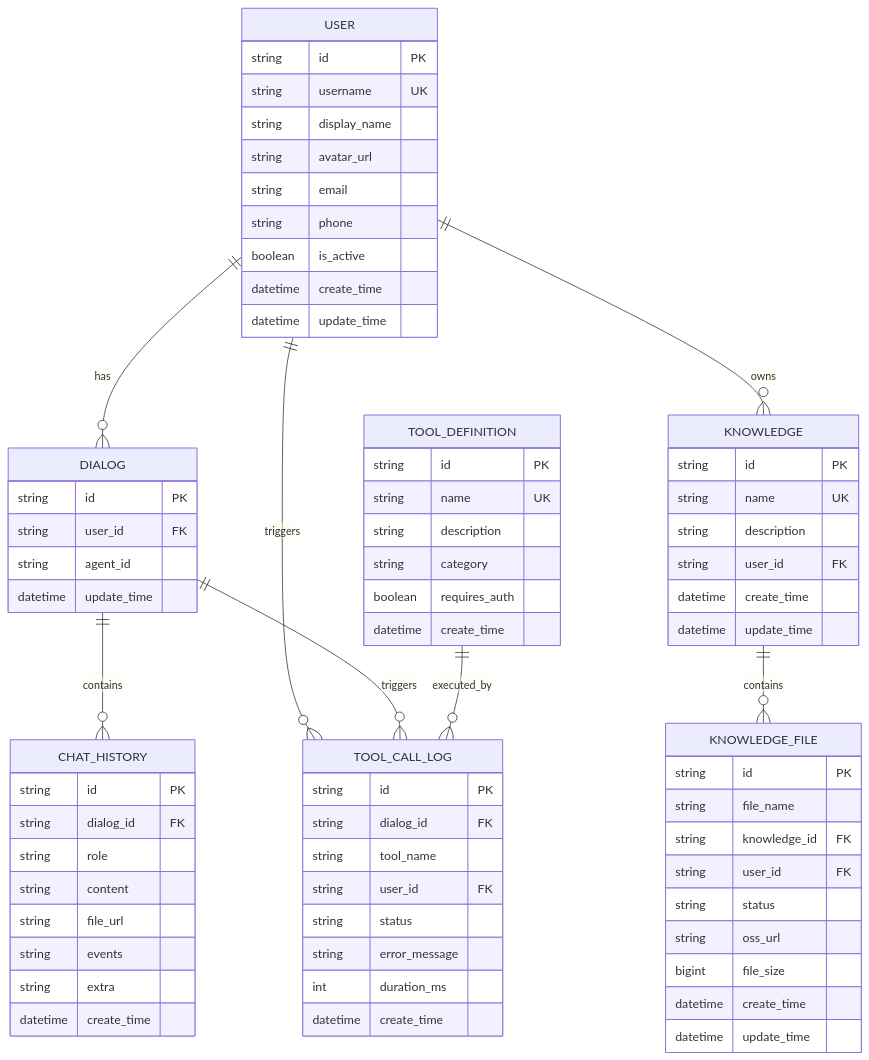
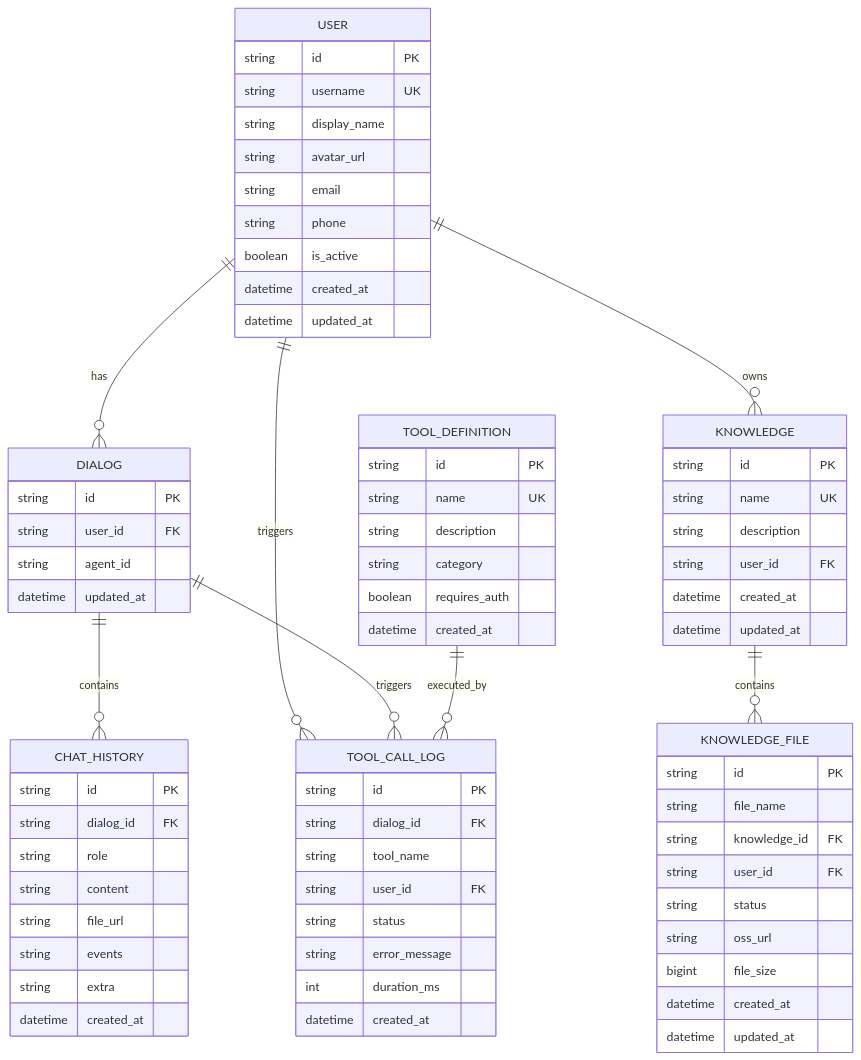
The diagram in docs/database-design.md (luorome31/CSU-CampusMind), drawn with Mermaid before and after one commit. The commit also changed other lines of this file and 3 other files, not shown here.

````diff
--- a/docs/database-design.md
+++ b/docs/database-design.md
@@ -49,15 +49,15 @@
         string email
         string phone
         boolean is_active
-        datetime create_time
-        datetime update_time
+        datetime created_at
+        datetime updated_at
     }
 
     DIALOG {
         string id PK
         string user_id FK
         string agent_id
-        datetime update_time
+        datetime updated_at
     }
 
     CHAT_HISTORY {
@@ -68,7 +68,7 @@
         string file_url
         string events
         string extra
-        datetime create_time
+        datetime created_at
     }
 
     KNOWLEDGE {
@@ -76,8 +76,8 @@
         string name UK
         string description
         string user_id FK
-        datetime create_time
-        datetime update_time
+        datetime created_at
+        datetime updated_at
     }
 
     KNOWLEDGE_FILE {
@@ -88,8 +88,8 @@
         string status
         string oss_url
         bigint file_size
-        datetime create_time
-        datetime update_time
+        datetime created_at
+        datetime updated_at
     }
 
     TOOL_DEFINITION {
@@ -98,7 +98,7 @@
         string description
         string category
         boolean requires_auth
-        datetime create_time
+        datetime created_at
     }
 
     TOOL_CALL_LOG {
@@ -109,6 +109,6 @@
         string status
         string error_message
         int duration_ms
-        datetime create_time
+        datetime created_at
     }
 ```
````
